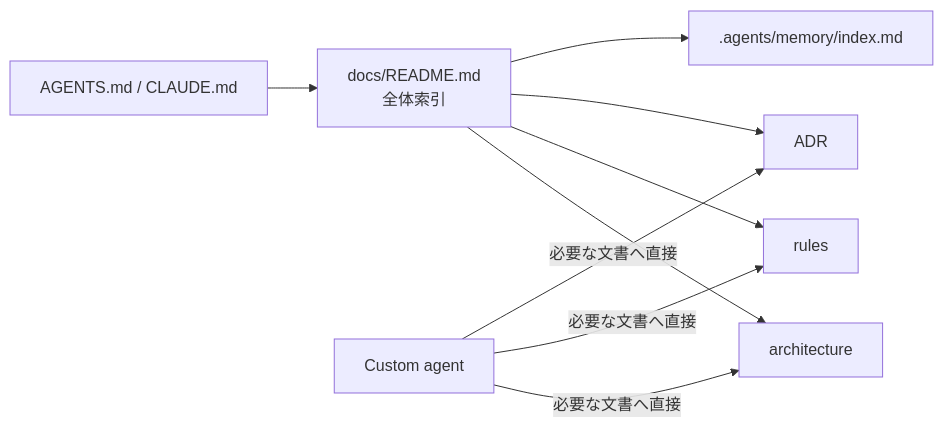
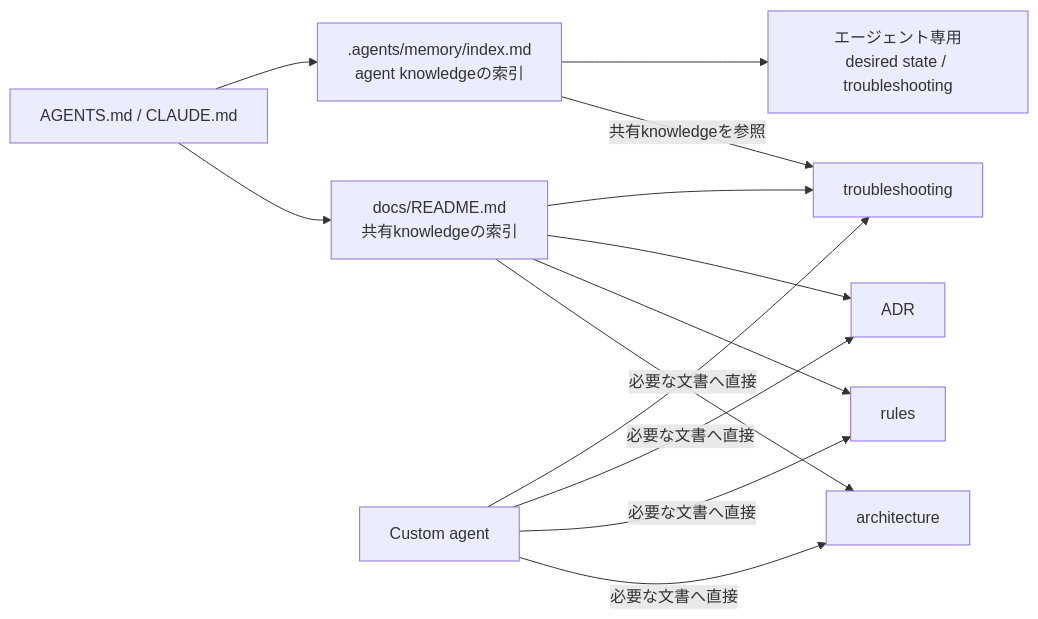
The fourth of 4 diagrams in articles/agentic-coding-clis_20260807.md (suwa-sh/zenn-contents), drawn with Mermaid before and after one commit. The commit also changed other lines of this file, not shown here.

````diff
--- a/articles/agentic-coding-clis_20260807.md
+++ b/articles/agentic-coding-clis_20260807.md
@@ -402,11 +409,15 @@
 ```mermaid
 flowchart LR
-    ENTRY["AGENTS.md / CLAUDE.md"] --> INDEX["docs/README.md<br/>全体索引"]
-    INDEX --> ARCH["architecture"]
-    INDEX --> RULES["rules"]
-    INDEX --> ADR["ADR"]
-    INDEX --> MEMORY[".agents/memory/index.md"]
+    ENTRY["AGENTS.md / CLAUDE.md"] --> DOCS["docs/README.md<br/>共有knowledgeの索引"]
+    ENTRY --> MEMORY[".agents/memory/index.md<br/>agent knowledgeの索引"]
+    DOCS --> ARCH["architecture"]
+    DOCS --> RULES["rules"]
+    DOCS --> ADR["ADR"]
+    DOCS --> TROUBLE["troubleshooting"]
+    MEMORY -->|"共有knowledgeを参照"| TROUBLE
+    MEMORY --> AGENTMEM["エージェント専用<br/>desired state / troubleshooting"]
     AGENT["Custom agent"] -->|"必要な文書へ直接"| ARCH
     AGENT -->|"必要な文書へ直接"| RULES
     AGENT -->|"必要な文書へ直接"| ADR
+    AGENT -->|"必要な文書へ直接"| TROUBLE
 ```
````
